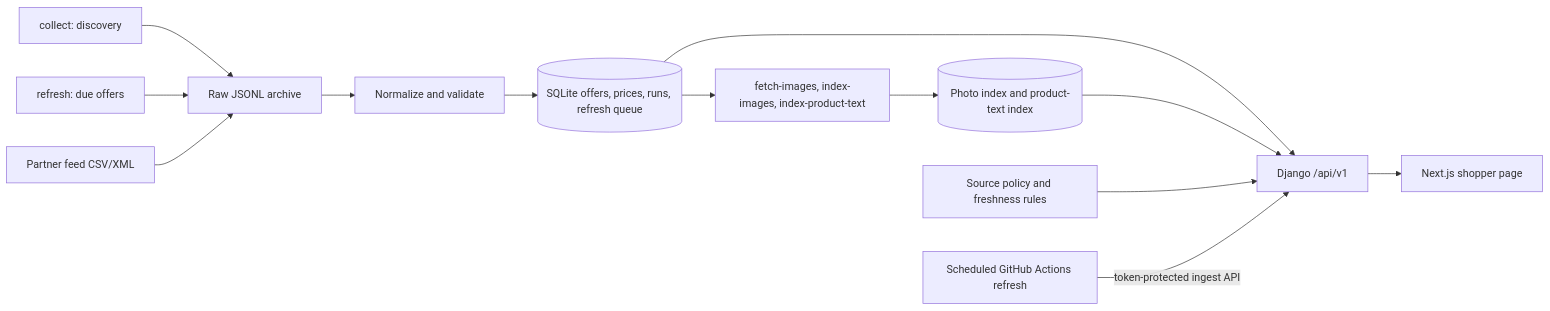
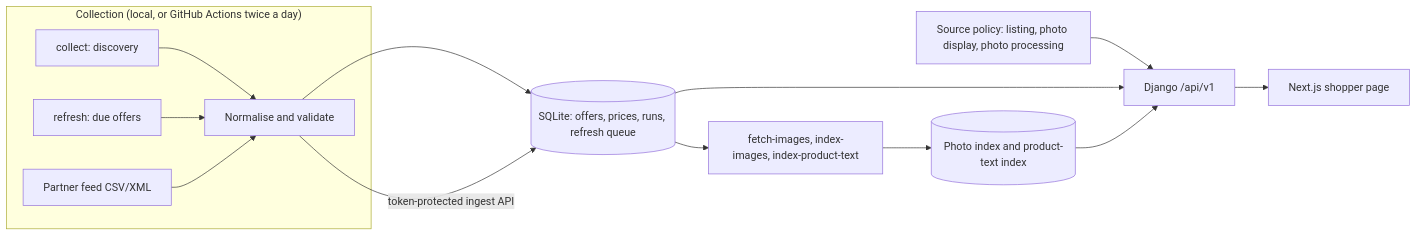
One commit to alidin000/fashion-finder-data-pipeline changed the first of 3 diagrams in README.md. Above: the diagram before and after it, drawn with Mermaid. The commit also changed other lines of this file and 6 other files, not shown here.

First line of the commit message:
Show the design in the README: screenshots, diagrams and hosted demo

````diff
--- a/README.md
+++ b/README.md
@@ -58,15 +77,16 @@
 ```mermaid
 flowchart LR
-  A[collect: discovery] --> B[Raw JSONL archive]
-  R[refresh: due offers] --> B
-  F[Partner feed CSV/XML] --> B
-  B --> C[Normalize and validate]
-  C --> D[(SQLite offers, prices, runs, refresh queue)]
+  subgraph Collect["Collection (local, or GitHub Actions twice a day)"]
+    A[collect: discovery] --> N[Normalise and validate]
+    R[refresh: due offers] --> N
+    F[Partner feed CSV/XML] --> N
+  end
+  N --> D[(SQLite: offers, prices, runs, refresh queue)]
+  N -->|token-protected ingest API| D
   D --> I[fetch-images, index-images, index-product-text]
   I --> X[(Photo index and product-text index)]
-  D --> E[Django /api/v1]
-  X --> E
-  P[Source policy and freshness rules] --> E
-  E --> W[Next.js shopper page]
-  G[Scheduled GitHub Actions refresh] -->|token-protected ingest API| E
+  P[Source policy: listing, photo display, photo processing] --> API
+  D --> API[Django /api/v1]
+  X --> API
+  API --> W[Next.js shopper page]
 ```
````
